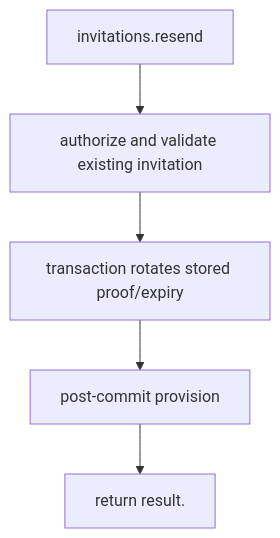
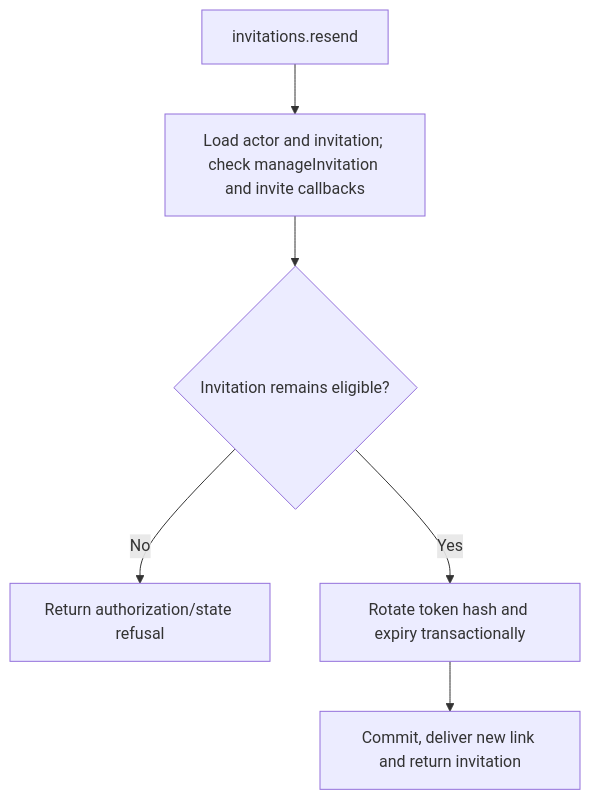
One commit to Kevinjohn/oss-adonisjs-account-kit changed the second of 2 diagrams in user-stories/US-ACCOUNT-11-resend-invitation.md. Above: the diagram before and after it, drawn with Mermaid. The commit also changed other lines of this file and 17 other files, not shown here.

````diff
--- a/user-stories/US-ACCOUNT-11-resend-invitation.md
+++ b/user-stories/US-ACCOUNT-11-resend-invitation.md
@@ -33,12 +29,8 @@
 ```mermaid
 flowchart TD
-    C0["invitations.resend"]
-    C1["authorize and validate existing invitation"]
-    C0 --> C1
-    C2["transaction rotates stored proof/expiry"]
-    C1 --> C2
-    C3["post-commit provision"]
-    C2 --> C3
-    C4["return result."]
-    C3 --> C4
+ A["invitations.resend"] --> B["Load actor and invitation; check manageInvitation and invite callbacks"]
+ B --> C{"Invitation remains eligible?"}
+ C -->|No| D["Return authorization/state refusal"]
+ C -->|Yes| E["Rotate token hash and expiry transactionally"]
+ E --> F["Commit, deliver new link and return invitation"]
 ```
````
